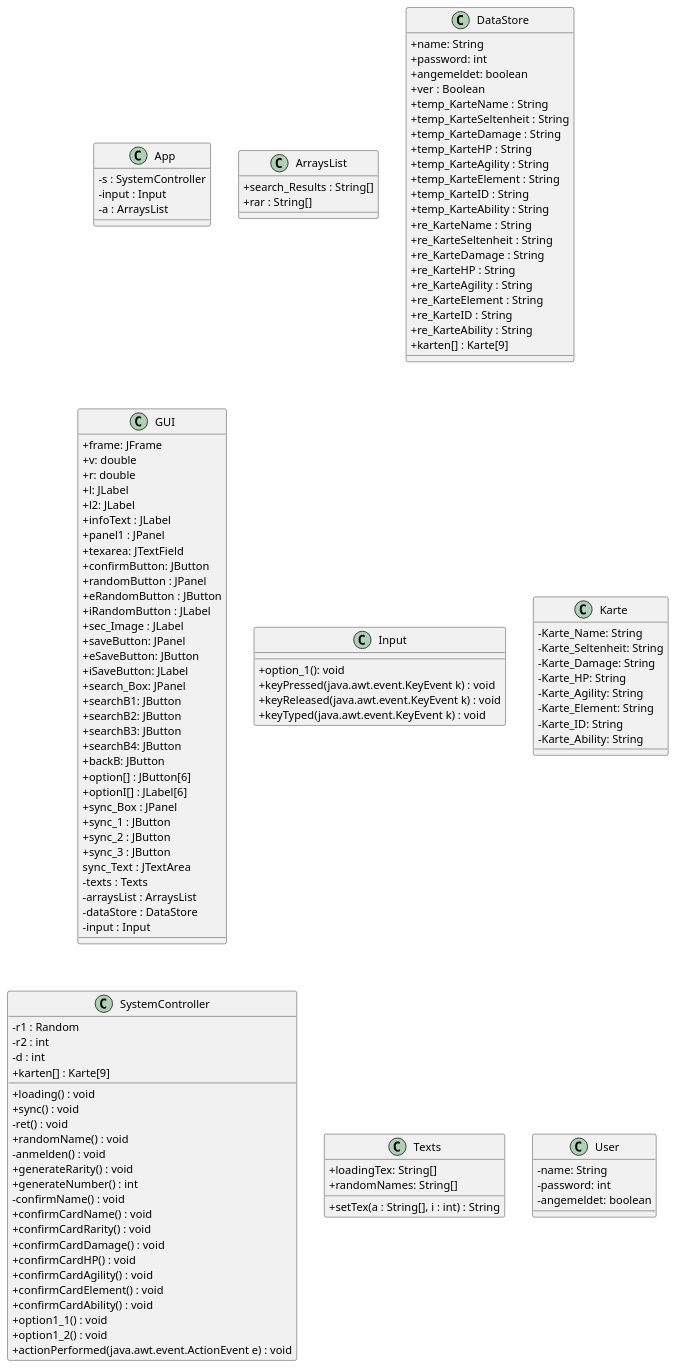
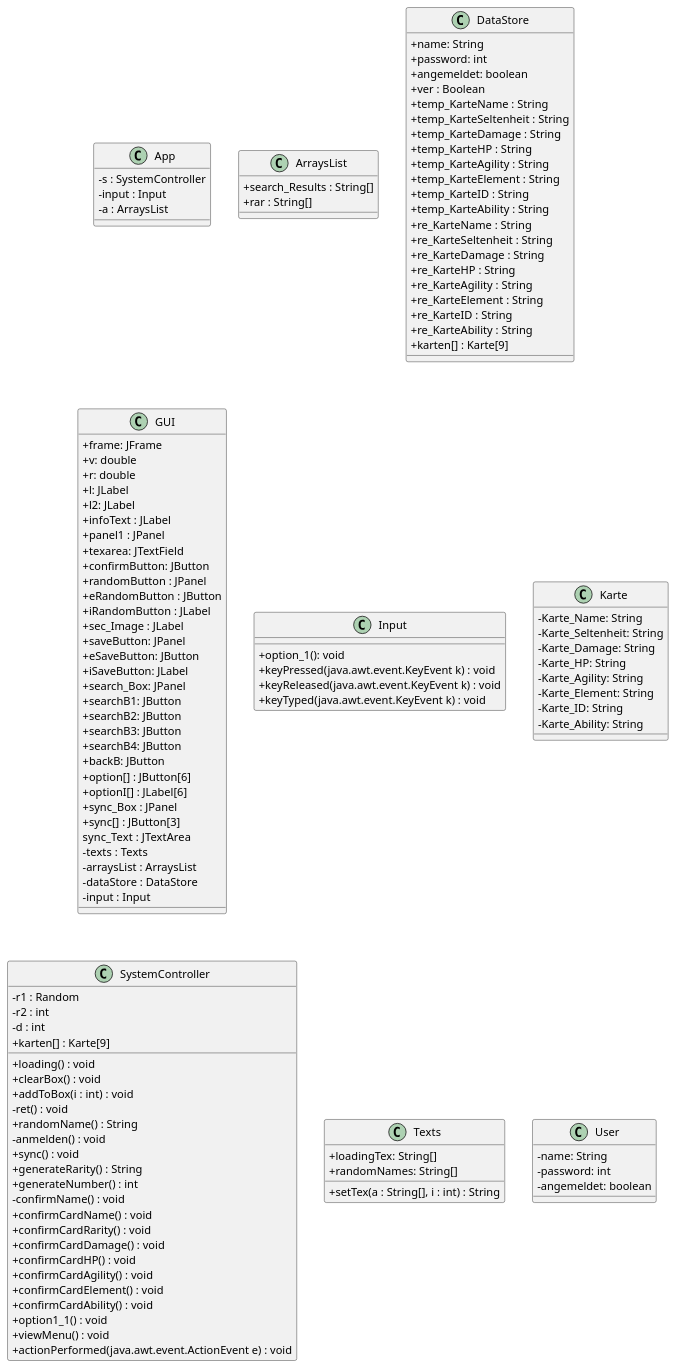
One commit to teach404W/Verwaltungssoftware_Team_2 changed the diagram in Docs/Pflichtenheft/Diagramme/Klassendiagramme.iuml. Above: the diagram before and after it, drawn with PlantUML. The commit also changed 2 other files, not shown here.

```diff
--- a/Docs/Pflichtenheft/Diagramme/Klassendiagramme.iuml
+++ b/Docs/Pflichtenheft/Diagramme/Klassendiagramme.iuml
@@ -1,142 +1,142 @@
 @startuml
 skinparam classAttributeIconSize 0
 
 class App{
  -s : SystemController
  -input : Input
  -a : ArraysList
 }
 
 
 
 class ArraysList{
 +search_Results : String[]
 +rar : String[]
  }
  
  class DataStore{
  +name: String
  +password: int
  +angemeldet: boolean
  +ver : Boolean
  +temp_KarteName : String
  +temp_KarteSeltenheit : String
  +temp_KarteDamage : String
  +temp_KarteHP : String
  +temp_KarteAgility : String
  +temp_KarteElement : String
  +temp_KarteID : String
  +temp_KarteAbility : String    
  +re_KarteName : String
  +re_KarteSeltenheit : String
  +re_KarteDamage : String
  +re_KarteHP : String
  +re_KarteAgility : String
  +re_KarteElement : String
  +re_KarteID : String
  +re_KarteAbility : String
  +karten[] : Karte[9]
 }
 
 
 
 
 
 class GUI{
  +frame: JFrame
  +v: double
  +r: double
  +l: JLabel
  +l2: JLabel
  +infoText : JLabel
  +panel1 : JPanel
  +texarea: JTextField
  +confirmButton: JButton
  +randomButton : JPanel
  +eRandomButton : JButton
  +iRandomButton : JLabel
  +sec_Image : JLabel
  +saveButton: JPanel
  +eSaveButton: JButton
  +iSaveButton: JLabel
  +search_Box: JPanel
  +searchB1: JButton
  +searchB2: JButton
  +searchB3: JButton
  +searchB4: JButton
  +backB: JButton
  +option[] : JButton[6]
  +optionI[] : JLabel[6]
  +sync_Box : JPanel
- +sync_1 : JButton
- +sync_2 : JButton
- +sync_3 : JButton
+ +sync[] : JButton[3]
  sync_Text : JTextArea
  -texts : Texts
  -arraysList : ArraysList
  -dataStore : DataStore
  -input : Input
 
 }
 
 
 class Input{
  +option_1(): void
  +keyPressed(java.awt.event.KeyEvent k) : void
  +keyReleased(java.awt.event.KeyEvent k) : void
  +keyTyped(java.awt.event.KeyEvent k) : void
 }
 
 class Karte{
  -Karte_Name: String
  -Karte_Seltenheit: String
  -Karte_Damage: String
  -Karte_HP: String
  -Karte_Agility: String
  -Karte_Element: String
  -Karte_ID: String
  -Karte_Ability: String
 
 }
 
 class SystemController{
 -r1 : Random
 -r2 : int
 -d : int
  +karten[] : Karte[9]
  +loading() : void
+ +clearBox() : void
+ +addToBox(i : int) : void
+ -ret() : void
+ +randomName() : String
+ -anmelden() : void
  +sync() : void
- -ret() : void
- +randomName() : void
- -anmelden() : void
- +generateRarity() : void
+ +generateRarity() : String
  +generateNumber() : int
  -confirmName() : void
  +confirmCardName() : void
  +confirmCardRarity() : void
  +confirmCardDamage() : void
  +confirmCardHP() : void
  +confirmCardAgility() : void
  +confirmCardElement() : void
  +confirmCardAbility() : void
  +option1_1() : void
- +option1_2() : void
+ +viewMenu() : void
  +actionPerformed(java.awt.event.ActionEvent e) : void
 }
 
 
 class Texts{
 +loadingTex: String[]
 +randomNames: String[]
 +setTex(a : String[], i : int) : String
 }
 
 class User{
  -name: String
  -password: int
  -angemeldet: boolean
 }
 
 
 
 @enduml
```
